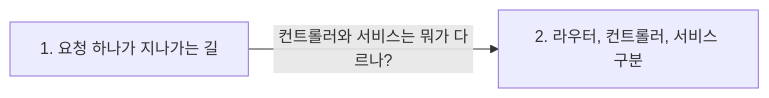
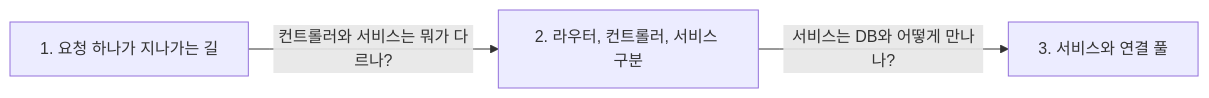
Before and after one commit to ChildrenAon/TIL: the first of 3 diagrams in 2026/November/11-03.md, drawn with Mermaid. The commit also changed other lines of this file and 7 other files, not shown here.

````diff
--- a/2026/November/11-03.md
+++ b/2026/November/11-03.md
@@ -18,4 +19,5 @@
 ```mermaid
 flowchart LR
   A["1. 요청 하나가 지나가는 길"] -->|"컨트롤러와 서비스는 뭐가 다르나?"| B["2. 라우터, 컨트롤러, 서비스 구분"]
+  B -->|"서비스는 DB와 어떻게 만나나?"| C["3. 서비스와 연결 풀"]
 ```
````
